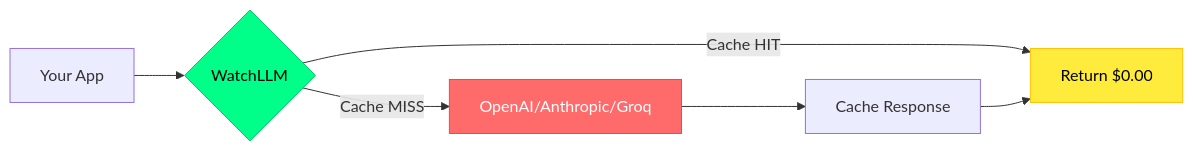
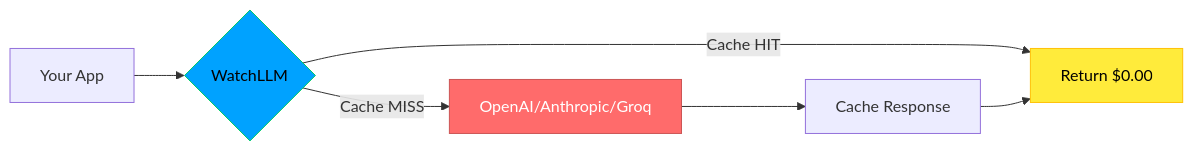
One commit to kaadipranav/kaadipranav changed the first of 2 diagrams in README.md. Above: the diagram before and after it, drawn with Mermaid. The commit also changed other lines of this file, not shown here.

Commit message:
Fix typo in Twitter handle and update style color

````diff
--- a/README.md
+++ b/README.md
@@ -27,11 +27,11 @@
 ```mermaid
 graph LR
     A[Your App] --> B{WatchLLM}
     B -->|Cache HIT| C[Return $0.00]
     B -->|Cache MISS| D[OpenAI/Anthropic/Groq]
     D --> E[Cache Response]
     E --> C
-    style B fill:#00ff88,stroke:#00cc66,color:#000
+    style B fill:#00a2ff,stroke:#00cc66,color:#000
     style C fill:#ffeb3b,stroke:#ffc107,color:#000
     style D fill:#ff6b6b,stroke:#cc5555,color:#fff
 ```
````
